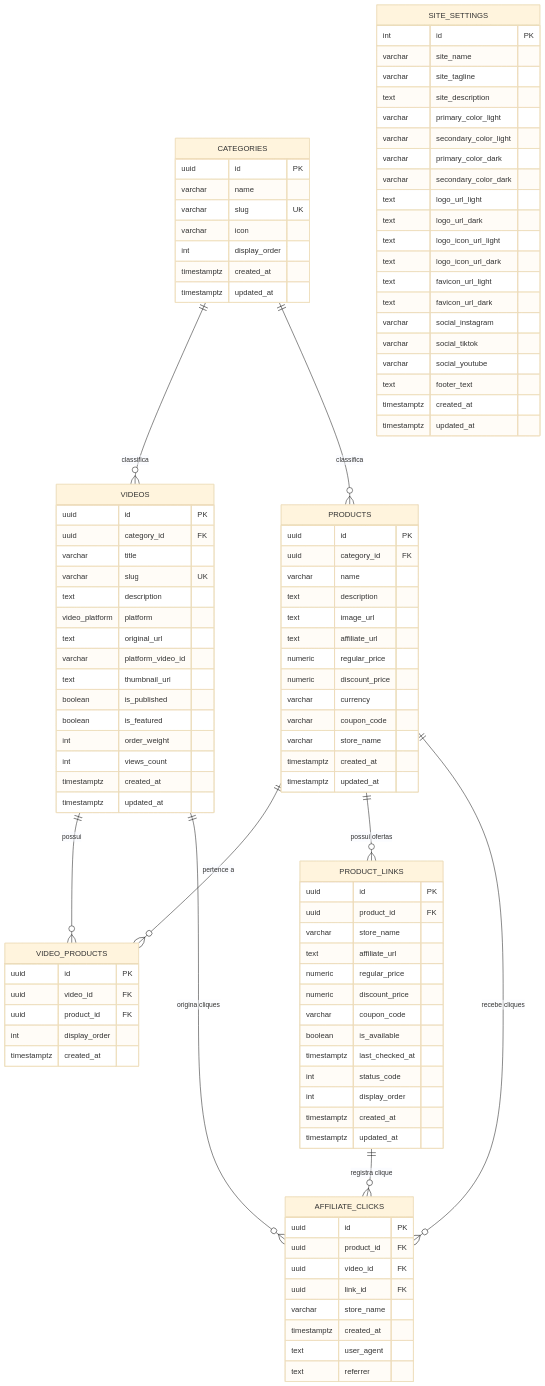
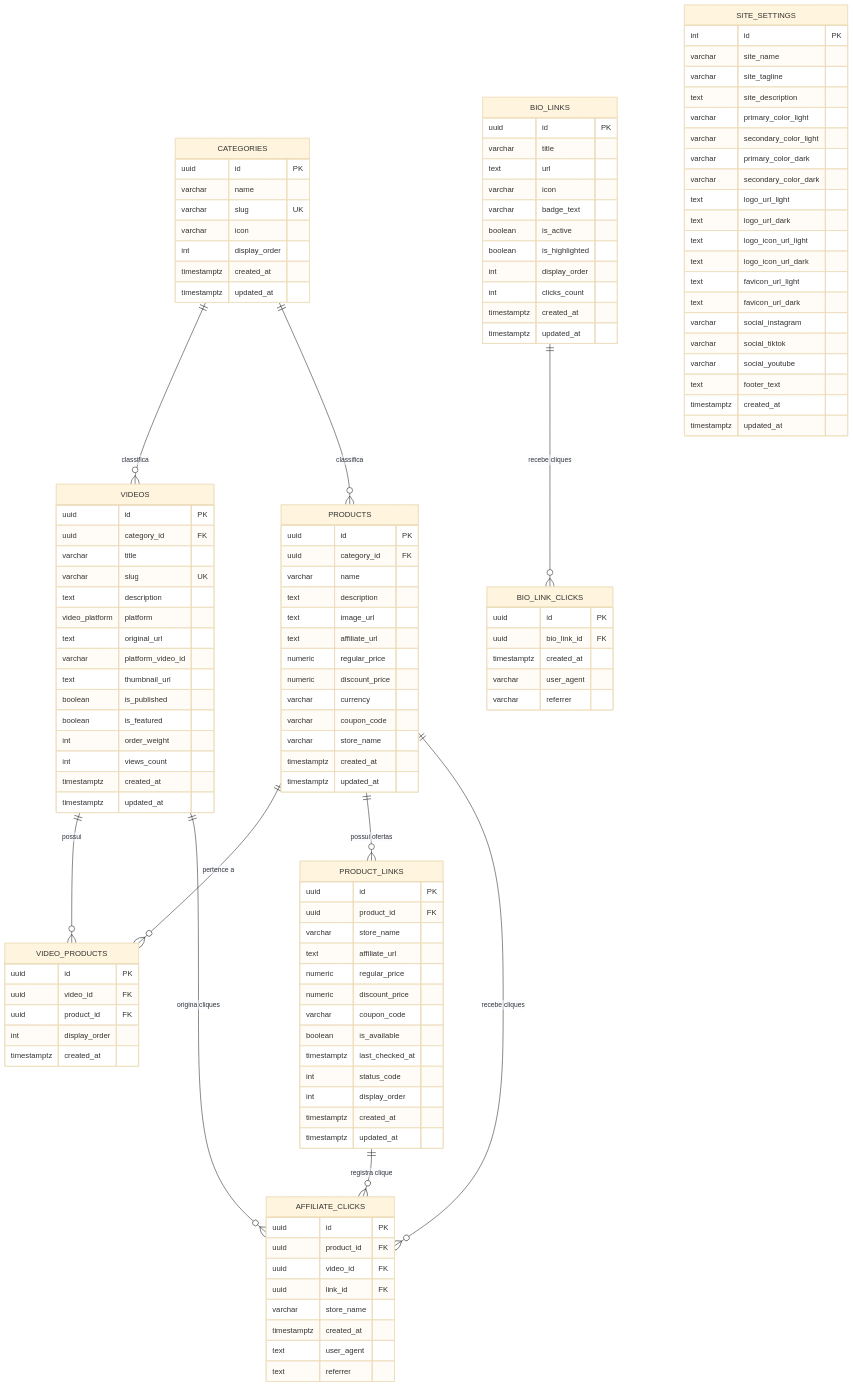
The diagram in docs/DATABASE.md (TheCheepeer/Promocuts), drawn with Mermaid (base theme) before and after one commit. The commit also changed other lines of this file and 27 other files, not shown here.

First line of the commit message:
feat(creator-hub): implementa bio links, streamers e dashboard de metricas

```diff
--- a/docs/DATABASE.md
+++ b/docs/DATABASE.md
@@ -16,6 +16,29 @@
     PRODUCTS ||--o{ AFFILIATE_CLICKS : "recebe cliques"
     VIDEOS ||--o{ AFFILIATE_CLICKS : "origina cliques"
     PRODUCT_LINKS ||--o{ AFFILIATE_CLICKS : "registra clique"
+    BIO_LINKS ||--o{ BIO_LINK_CLICKS : "recebe cliques"
+
+    BIO_LINKS {
+        uuid id PK
+        varchar title
+        text url
+        varchar icon
+        varchar badge_text
+        boolean is_active
+        boolean is_highlighted
+        int display_order
+        int clicks_count
+        timestamptz created_at
+        timestamptz updated_at
+    }
+
+    BIO_LINK_CLICKS {
+        uuid id PK
+        uuid bio_link_id FK
+        timestamptz created_at
+        varchar user_agent
+        varchar referrer
+    }
 
     SITE_SETTINGS {
         int id PK
```
